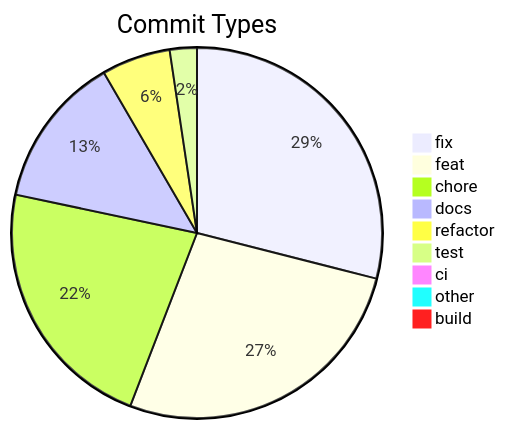
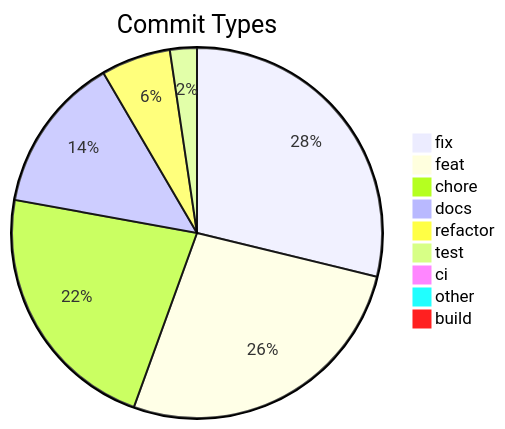
One commit to svenroth-ai/shipwright changed the diagram in .shipwright/compliance/change-history.md. Above: the diagram before and after it, drawn with Mermaid. The commit also changed other lines of this file and 14 other files, not shown here.

````diff
--- a/.shipwright/compliance/change-history.md
+++ b/.shipwright/compliance/change-history.md
@@ -8,12 +8,12 @@
 ```mermaid
 pie title Commit Types
     "fix" : 294
     "feat" : 273
     "chore" : 228
-    "docs" : 135
-    "refactor" : 61
+    "docs" : 140
+    "refactor" : 62
     "test" : 24
     "ci" : 7
     "other" : 7
     "build" : 1
 ```
````
